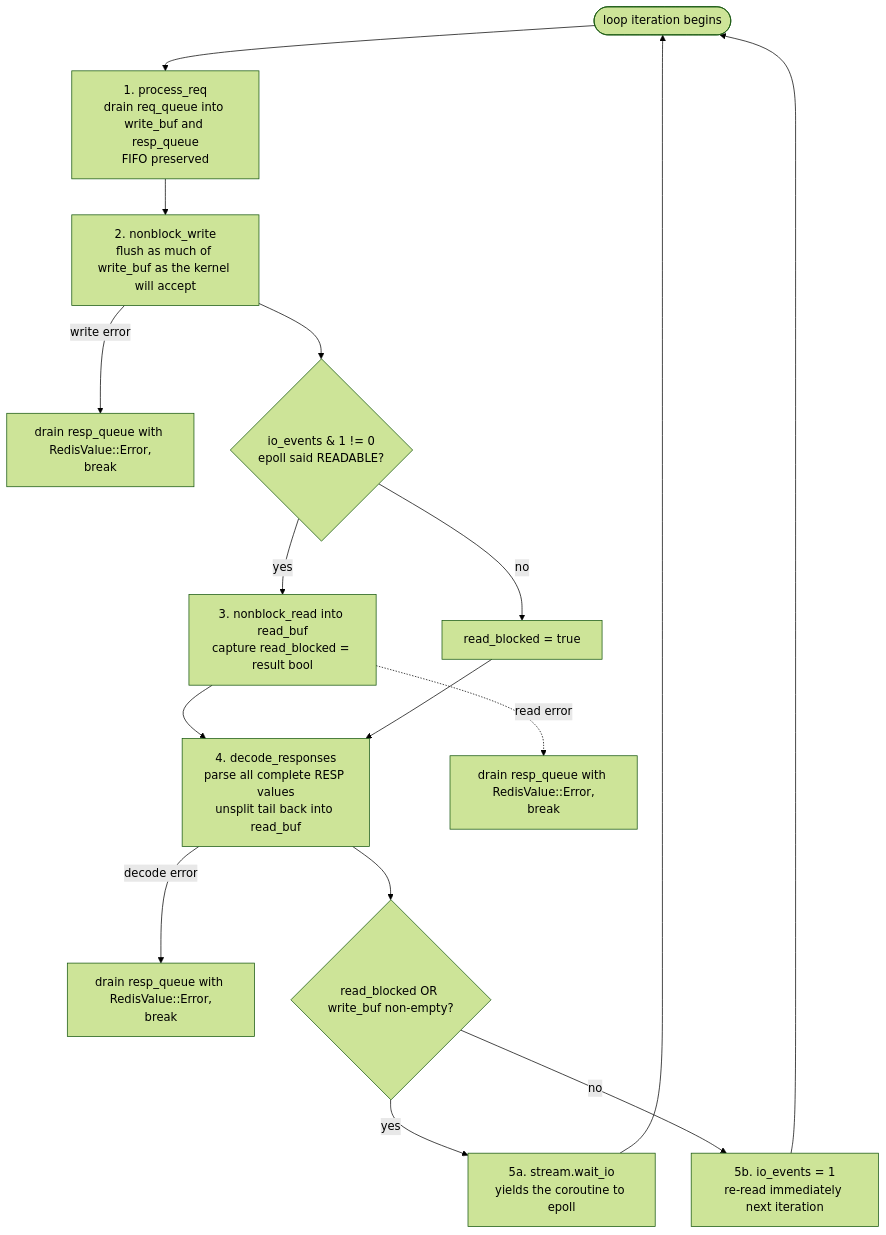
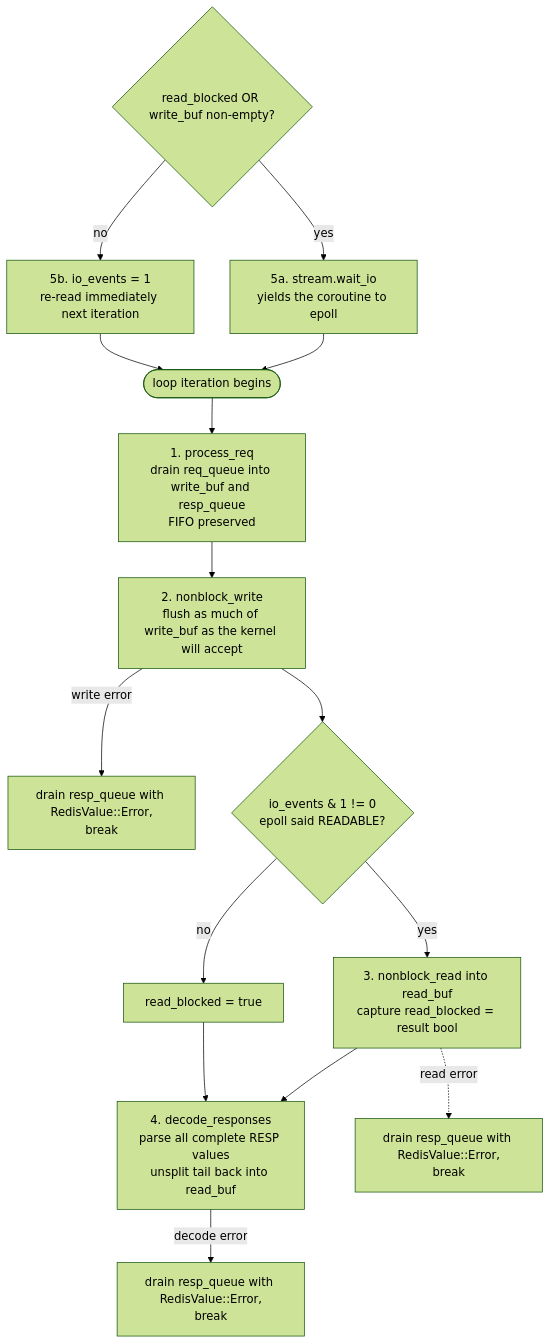
Before and after one commit to microscaler/may_redis: the fourth of 6 diagrams in docs/architecture.md, drawn with Mermaid (forest theme). The commit also changed other lines of this file and 3 other files, not shown here.

First line of the commit message:
docs: update architecture, INDEX, test-strategy, and README for v0.1.0 release

````diff
--- a/docs/architecture.md
+++ b/docs/architecture.md
@@ -256,22 +336,21 @@
 ```mermaid
 flowchart TD
     Start([loop iteration begins]) --> S1
     S1[1. process_req<br/>drain req_queue into write_buf and resp_queue<br/>FIFO preserved] --> S2
     S2[2. nonblock_write<br/>flush as much of write_buf as the kernel will accept]
     S2 -->|write error| ErrW[drain resp_queue with RedisValue::Error,<br/>break]
     S2 --> S3
     S3{io_events &amp; 1 != 0<br/>epoll said READABLE?}
     S3 -->|yes| S3R[3. nonblock_read into read_buf<br/>capture read_blocked = result bool]
     S3 -->|no| S3N[read_blocked = true]
     S3R --> S4
     S3N --> S4
     S3R -.->|read error| ErrR[drain resp_queue with RedisValue::Error,<br/>break]
     S4[4. decode_responses<br/>parse all complete RESP values<br/>unsplit tail back into read_buf]
     S4 -->|decode error| ErrD[drain resp_queue with RedisValue::Error,<br/>break]
-    S4 --> S5
     S5{read_blocked OR write_buf non-empty?}
     S5 -->|yes| Wait[5a. stream.wait_io<br/>yields the coroutine to epoll]
     S5 -->|no| Skip[5b. io_events = 1<br/>re-read immediately next iteration]
     Wait --> Start
     Skip --> Start
 ```
````
